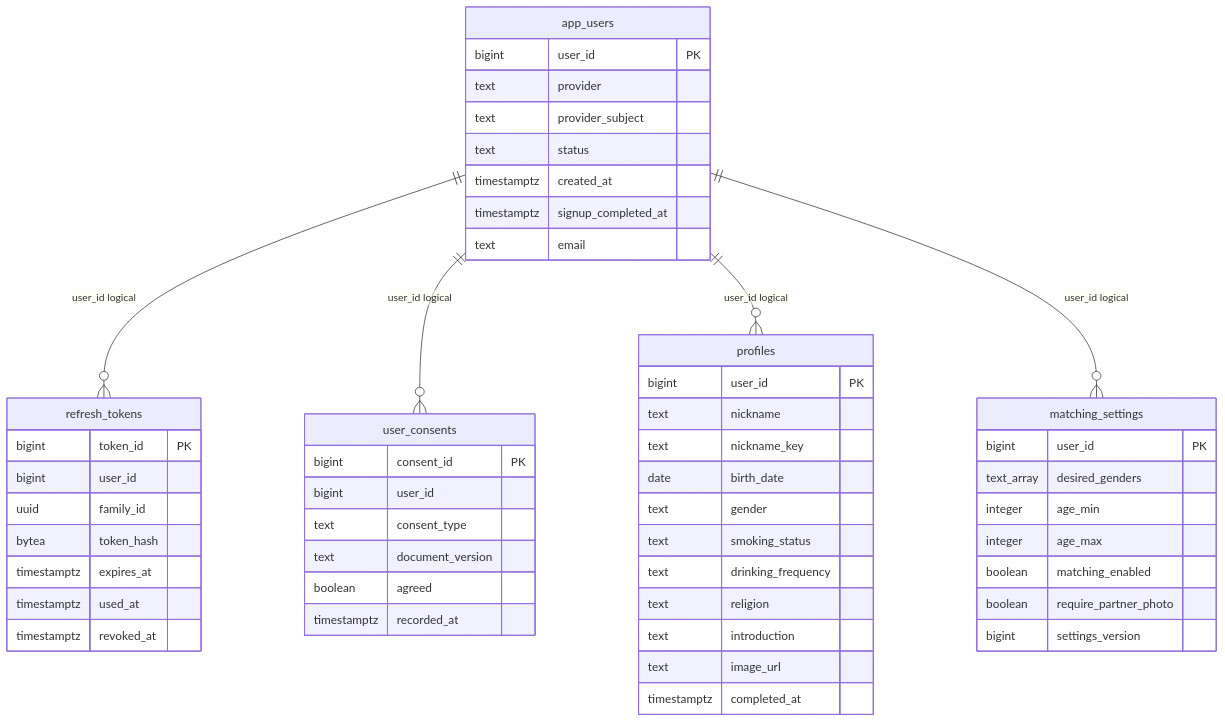
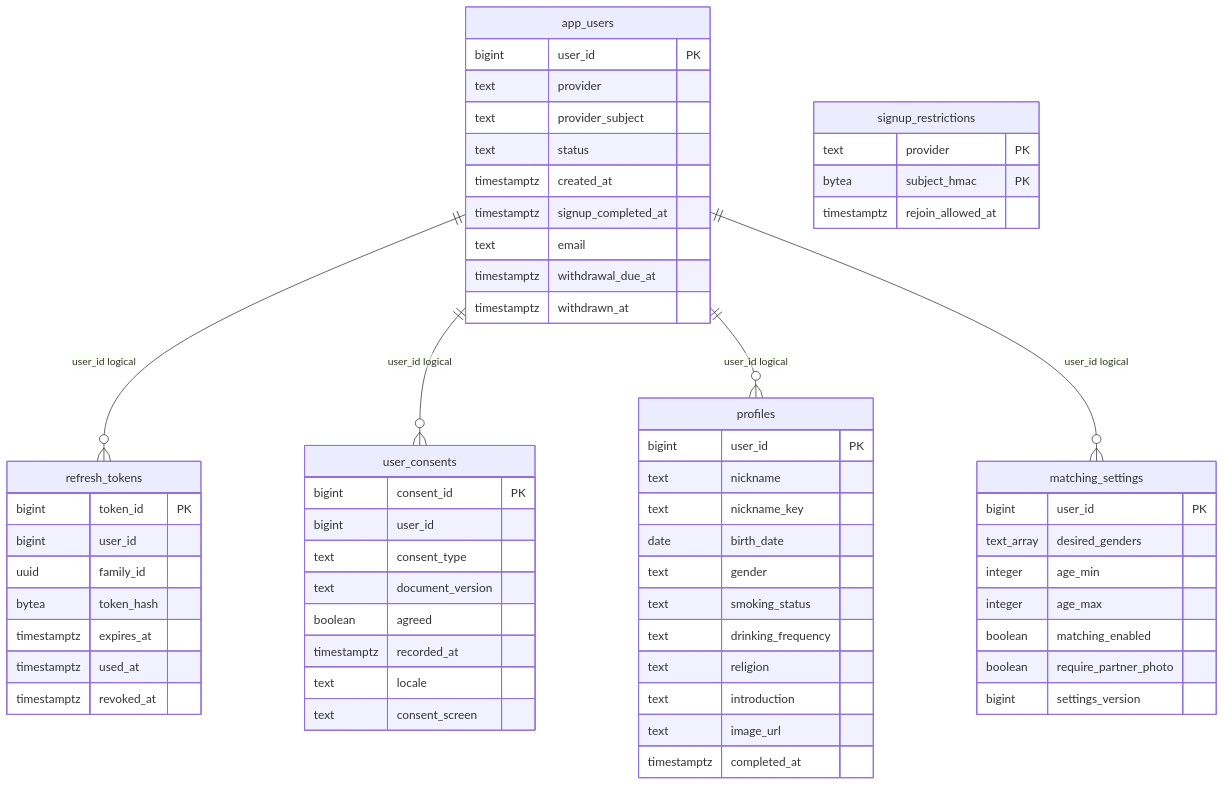
One commit to j-moo/Tingle changed the first of 4 diagrams in docs/database/erd.md. Above: the diagram before and after it, drawn with Mermaid. The commit also changed other lines of this file and 11 other files, not shown here.

Commit message:
docs: 저장소 ERD 문서를 ERDCloud 최신본(25개 테이블·185개 컬럼)에 동기화

````diff
--- a/docs/database/erd.md
+++ b/docs/database/erd.md
@@ -51,55 +54,64 @@
 ```mermaid
 erDiagram
     app_users {
         bigint user_id PK
         text provider
         text provider_subject
         text status
         timestamptz created_at
         timestamptz signup_completed_at
         text email
+        timestamptz withdrawal_due_at
+        timestamptz withdrawn_at
     }
     refresh_tokens {
         bigint token_id PK
         bigint user_id
         uuid family_id
         bytea token_hash
         timestamptz expires_at
         timestamptz used_at
         timestamptz revoked_at
     }
     user_consents {
         bigint consent_id PK
         bigint user_id
         text consent_type
         text document_version
         boolean agreed
         timestamptz recorded_at
+        text locale
+        text consent_screen
+    }
+    signup_restrictions {
+        text provider PK
+        bytea subject_hmac PK
+        timestamptz rejoin_allowed_at
     }
     profiles {
         bigint user_id PK
         text nickname
         text nickname_key
         date birth_date
         text gender
         text smoking_status
         text drinking_frequency
         text religion
         text introduction
         text image_url
         timestamptz completed_at
     }
     matching_settings {
         bigint user_id PK
         text_array desired_genders
         integer age_min
         integer age_max
         boolean matching_enabled
         boolean require_partner_photo
         bigint settings_version
     }
     app_users ||--o{ refresh_tokens : "user_id logical"
     app_users ||--o{ user_consents : "user_id logical"
     app_users ||--o{ profiles : "user_id logical"
     app_users ||--o{ matching_settings : "user_id logical"
 ```
````
